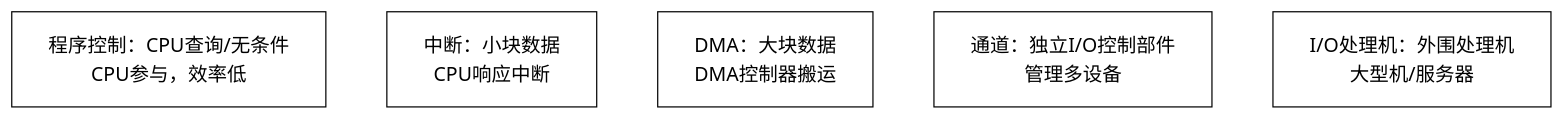
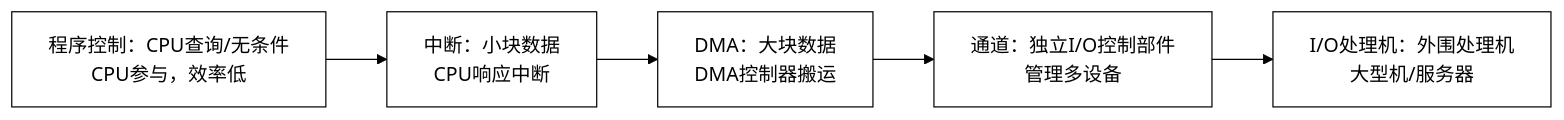
The fourth of 5 diagrams in points/第03章—计算机系统.md (workingmin/system-analyst), drawn with Mermaid before and after one commit. The commit also changed other lines of this file and 1 other file, not shown here.

````diff
--- a/points/第03章—计算机系统.md
+++ b/points/第03章—计算机系统.md
@@ -358,21 +363,26 @@
 ```mermaid
 %%{
   init: {
     "theme":"base",
     "themeVariables": {
       "primaryColor":"#ffffff",
       "primaryTextColor":"#000000",
       "primaryBorderColor":"#000000",
       "lineColor":"#000000",
       "secondaryColor":"#ffffff",
       "tertiaryColor":"#ffffff"
     }
   }
 }%%
-graph TD
+graph LR
   PQ[程序控制：CPU查询/无条件<br/>CPU参与，效率低]
   INT[中断：小块数据<br/>CPU响应中断]
   DMA[DMA：大块数据<br/>DMA控制器搬运]
   CH[通道：独立I/O控制部件<br/>管理多设备]
   IOP[I/O处理机：外围处理机<br/>大型机/服务器]
+
+  PQ --> INT
+  INT --> DMA
+  DMA --> CH
+  CH --> IOP
 ```
````
